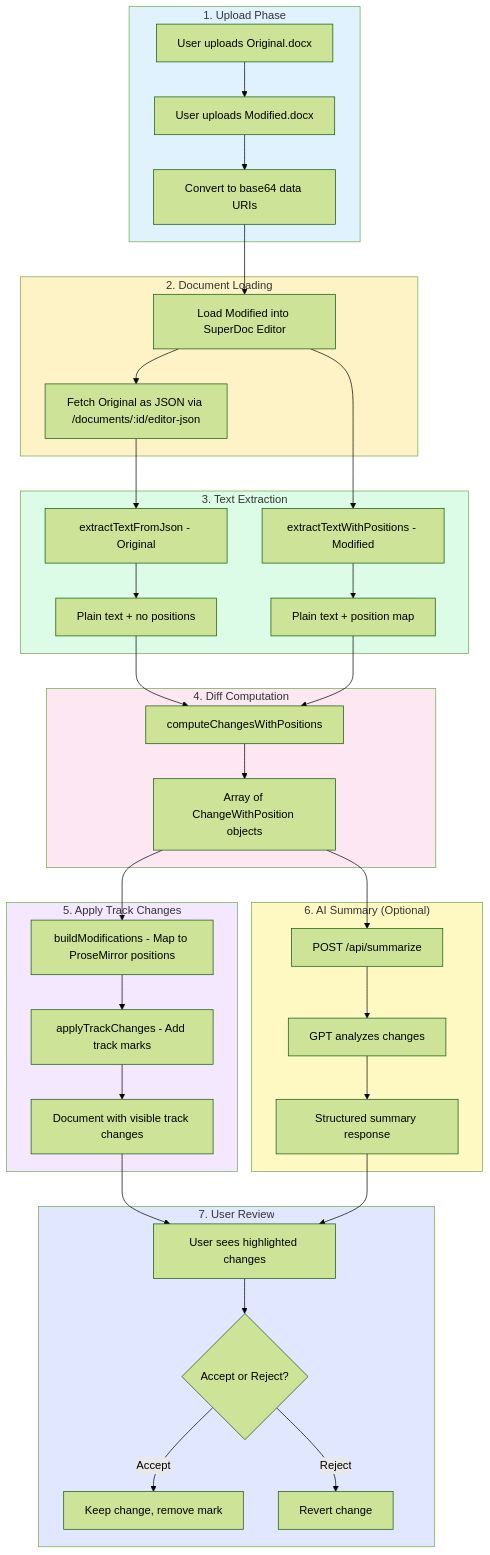
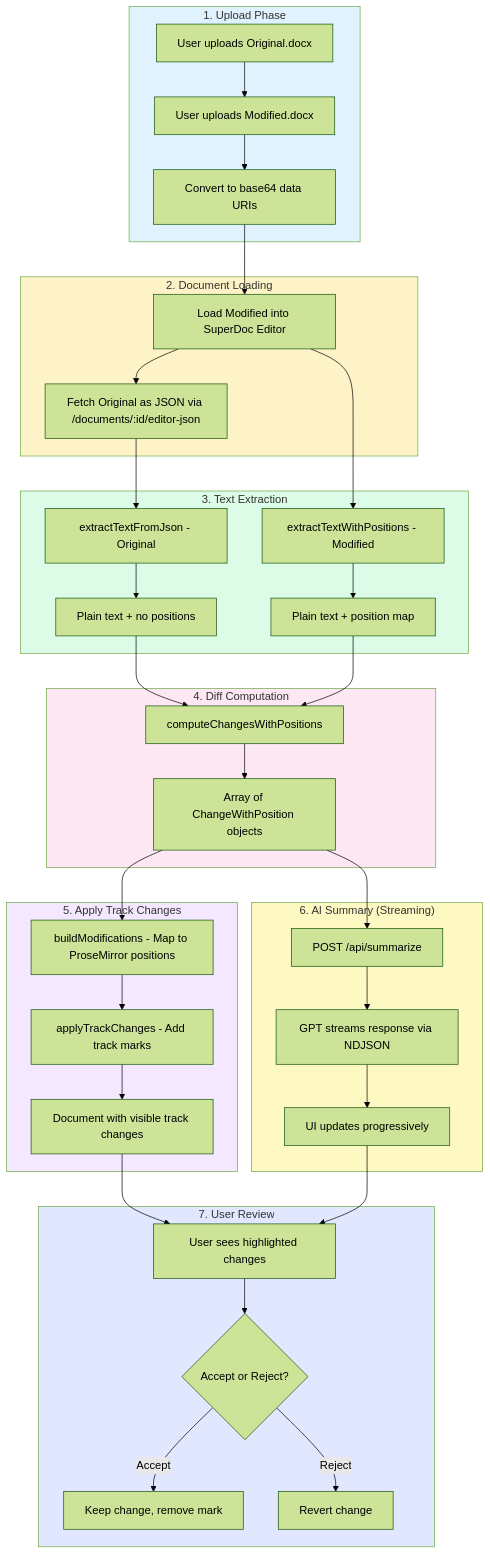
Before and after one commit to tupizz/superdoc-comparison: the first of 3 diagrams in README.md, drawn with Mermaid (forest theme). The commit also changed other lines of this file and 1 other file, not shown here.

First line of the commit message:
Update README and add documentation for streaming AI summary feature

````diff
--- a/README.md
+++ b/README.md
@@ -101,53 +101,53 @@
 ```mermaid
 flowchart TB
     subgraph Upload["1. Upload Phase"]
         A[User uploads Original.docx] --> B[User uploads Modified.docx]
         B --> C[Convert to base64 data URIs]
     end
 
     subgraph Load["2. Document Loading"]
         C --> D[Load Modified into SuperDoc Editor]
         D --> E[Fetch Original as JSON via /documents/:id/editor-json]
     end
 
     subgraph Extract["3. Text Extraction"]
         E --> F[extractTextFromJson - Original]
         D --> G[extractTextWithPositions - Modified]
         F --> H[Plain text + no positions]
         G --> I[Plain text + position map]
     end
 
     subgraph Diff["4. Diff Computation"]
         H --> J[computeChangesWithPositions]
         I --> J
         J --> K[Array of ChangeWithPosition objects]
     end
 
     subgraph Apply["5. Apply Track Changes"]
         K --> L[buildModifications - Map to ProseMirror positions]
         L --> M[applyTrackChanges - Add track marks]
         M --> N[Document with visible track changes]
     end
 
-    subgraph AI["6. AI Summary (Optional)"]
+    subgraph AI["6. AI Summary (Streaming)"]
         K --> O[POST /api/summarize]
-        O --> P[GPT analyzes changes]
-        P --> Q[Structured summary response]
+        O --> P[GPT streams response via NDJSON]
+        P --> Q[UI updates progressively]
     end
 
     subgraph Review["7. User Review"]
         N --> R[User sees highlighted changes]
         Q --> R
         R --> S{Accept or Reject?}
         S -->|Accept| T[Keep change, remove mark]
         S -->|Reject| U[Revert change]
     end
 
     style Upload fill:#e0f2fe
     style Load fill:#fef3c7
     style Extract fill:#dcfce7
     style Diff fill:#fce7f3
     style Apply fill:#f3e8ff
     style AI fill:#fef9c3
     style Review fill:#e0e7ff
 ```
````
